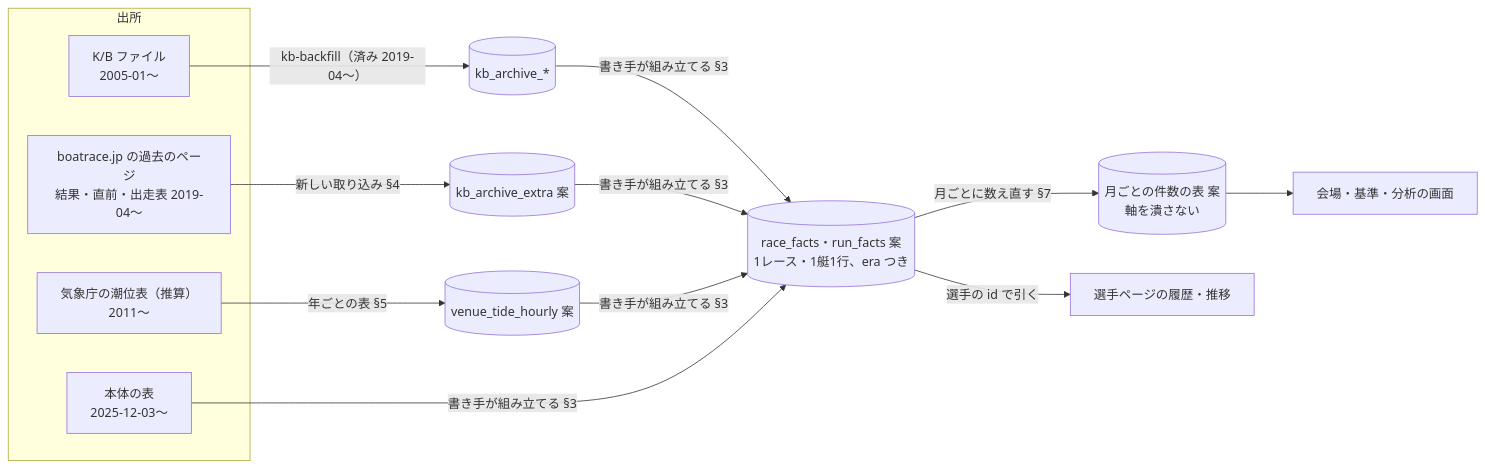
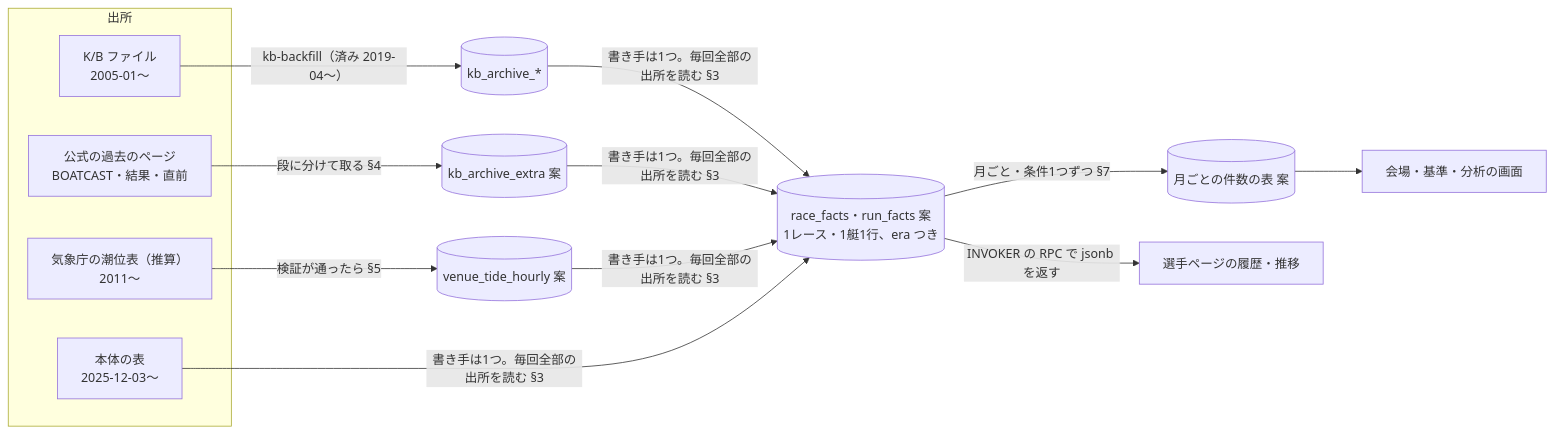
The diagram in docs/design/past-data-backfill/plan.md (rhapsody0919/boatrace-ai-predictor), drawn with Mermaid before and after one commit. The commit also changed other lines of this file and 1 other file, not shown here.

````diff
--- a/docs/design/past-data-backfill/plan.md
+++ b/docs/design/past-data-backfill/plan.md
@@ -18,16 +18,16 @@
 ```mermaid
 flowchart LR
   subgraph 出所
     K[K/B ファイル<br/>2005-01〜]
-    P[boatrace.jp の過去のページ<br/>結果・直前・出走表 2019-04〜]
+    P[公式の過去のページ<br/>BOATCAST・結果・直前]
     J[気象庁の潮位表（推算）<br/>2011〜]
     M[本体の表<br/>2025-12-03〜]
   end
   K -->|kb-backfill（済み 2019-04〜）| KA[(kb_archive_*)]
-  P -->|新しい取り込み §4| KX[(kb_archive_extra 案)]
-  J -->|年ごとの表 §5| T[(venue_tide_hourly 案)]
-  KA & KX & T & M -->|書き手が組み立てる §3| F[(race_facts・run_facts 案<br/>1レース・1艇1行、era つき)]
-  F -->|月ごとに数え直す §7| C[(月ごとの件数の表 案<br/>軸を潰さない)]
-  F -->|選手の id で引く| S[選手ページの履歴・推移]
+  P -->|段に分けて取る §4| KX[(kb_archive_extra 案)]
+  J -->|検証が通ったら §5| T[(venue_tide_hourly 案)]
+  KA & KX & T & M -->|書き手は1つ。毎回全部の出所を読む §3| F[(race_facts・run_facts 案<br/>1レース・1艇1行、era つき)]
+  F -->|月ごと・条件1つずつ §7| C[(月ごとの件数の表 案)]
+  F -->|INVOKER の RPC で jsonb を返す| S[選手ページの履歴・推移]
   C --> V[会場・基準・分析の画面]
 ```
````
